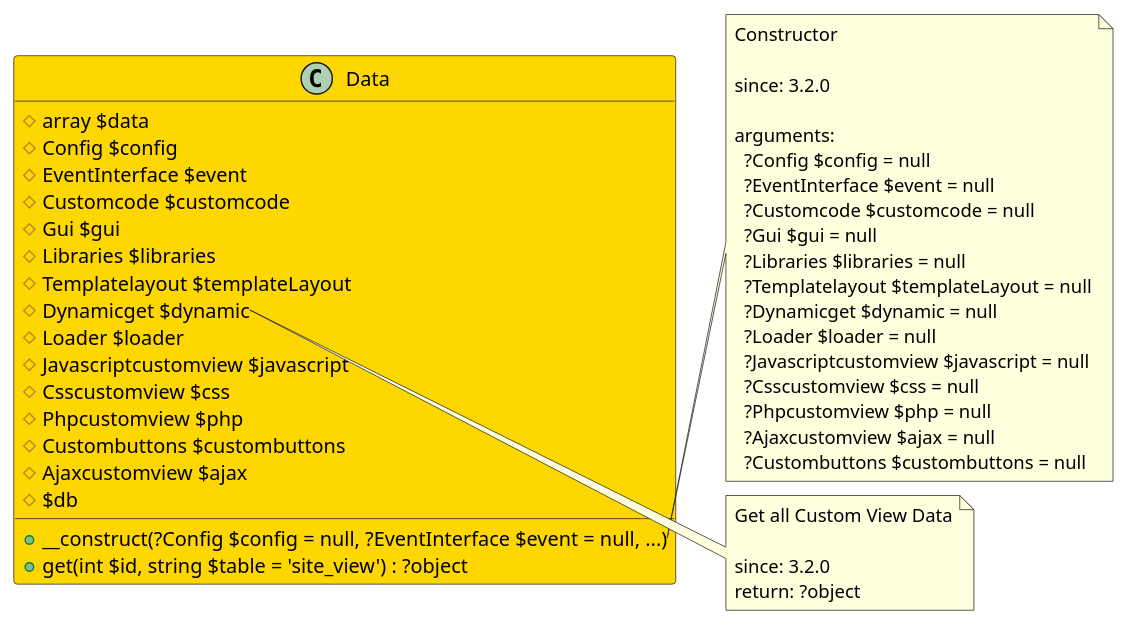
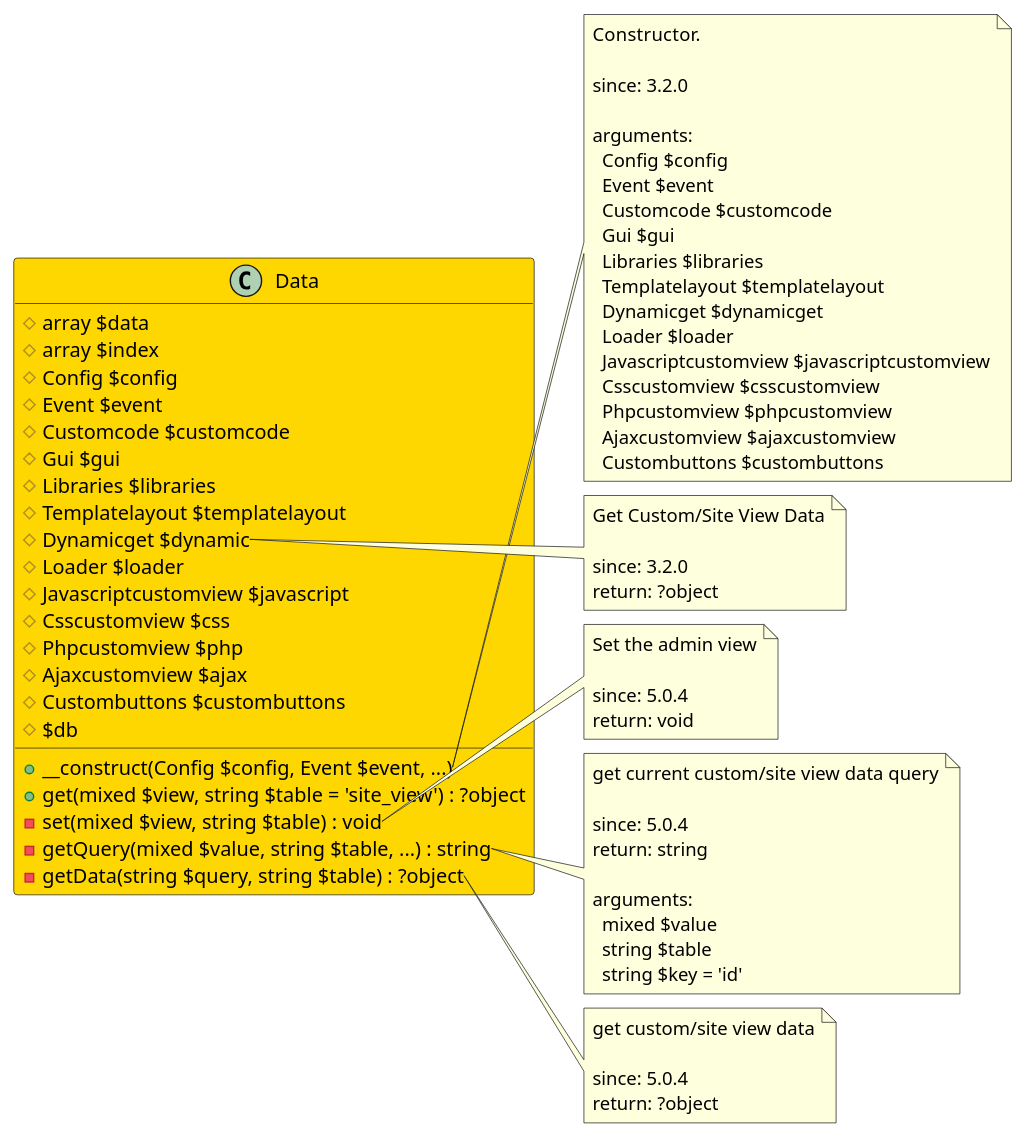
The diagram in src/3b6895da-d9eb-4164-90b1-4632a4cc2474/README.md (joomengine/jcb-compiler), drawn with PlantUML before and after one commit. The commit also changed 558 other files, not shown here.

````diff
--- a/src/3b6895da-d9eb-4164-90b1-4632a4cc2474/README.md
+++ b/src/3b6895da-d9eb-4164-90b1-4632a4cc2474/README.md
@@ -12,52 +12,82 @@
 ```uml
 @startuml
 class Data  #Gold {
   # array $data
+  # array $index
   # Config $config
-  # EventInterface $event
+  # Event $event
   # Customcode $customcode
   # Gui $gui
   # Libraries $libraries
-  # Templatelayout $templateLayout
+  # Templatelayout $templatelayout
   # Dynamicget $dynamic
   # Loader $loader
   # Javascriptcustomview $javascript
   # Csscustomview $css
   # Phpcustomview $php
+  # Ajaxcustomview $ajax
   # Custombuttons $custombuttons
-  # Ajaxcustomview $ajax
   # $db
-  + __construct(?Config $config = null, ?EventInterface $event = null, ...)
-  + get(int $id, string $table = 'site_view') : ?object
+  + __construct(Config $config, Event $event, ...)
+  + get(mixed $view, string $table = 'site_view') : ?object
+  - set(mixed $view, string $table) : void
+  - getQuery(mixed $value, string $table, ...) : string
+  - getData(string $query, string $table) : ?object
 }
 
 note right of Data::__construct
-  Constructor
+  Constructor.
 
   since: 3.2.0
   
   arguments:
-    ?Config $config = null
-    ?EventInterface $event = null
-    ?Customcode $customcode = null
-    ?Gui $gui = null
-    ?Libraries $libraries = null
-    ?Templatelayout $templateLayout = null
-    ?Dynamicget $dynamic = null
-    ?Loader $loader = null
-    ?Javascriptcustomview $javascript = null
-    ?Csscustomview $css = null
-    ?Phpcustomview $php = null
-    ?Ajaxcustomview $ajax = null
-    ?Custombuttons $custombuttons = null
+    Config $config
+    Event $event
+    Customcode $customcode
+    Gui $gui
+    Libraries $libraries
+    Templatelayout $templatelayout
+    Dynamicget $dynamicget
+    Loader $loader
+    Javascriptcustomview $javascriptcustomview
+    Csscustomview $csscustomview
+    Phpcustomview $phpcustomview
+    Ajaxcustomview $ajaxcustomview
+    Custombuttons $custombuttons
 end note
 
 note right of Data::get
-  Get all Custom View Data
+  Get Custom/Site View Data
 
   since: 3.2.0
+  return: ?object
+end note
+
+note right of Data::set
+  Set the admin view
+
+  since: 5.0.4
+  return: void
+end note
+
+note right of Data::getQuery
+  get current custom/site view data query
+
+  since: 5.0.4
+  return: string
+  
+  arguments:
+    mixed $value
+    string $table
+    string $key = 'id'
+end note
+
+note right of Data::getData
+  get custom/site view data
+
+  since: 5.0.4
   return: ?object
 end note
  
 @enduml
 ```
````
